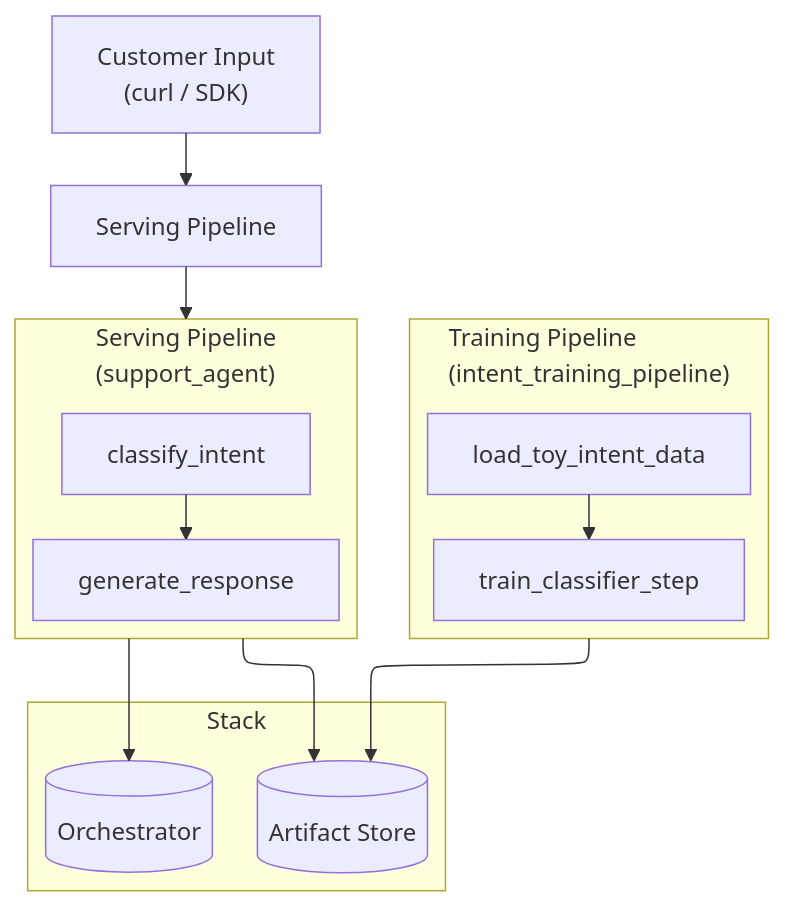
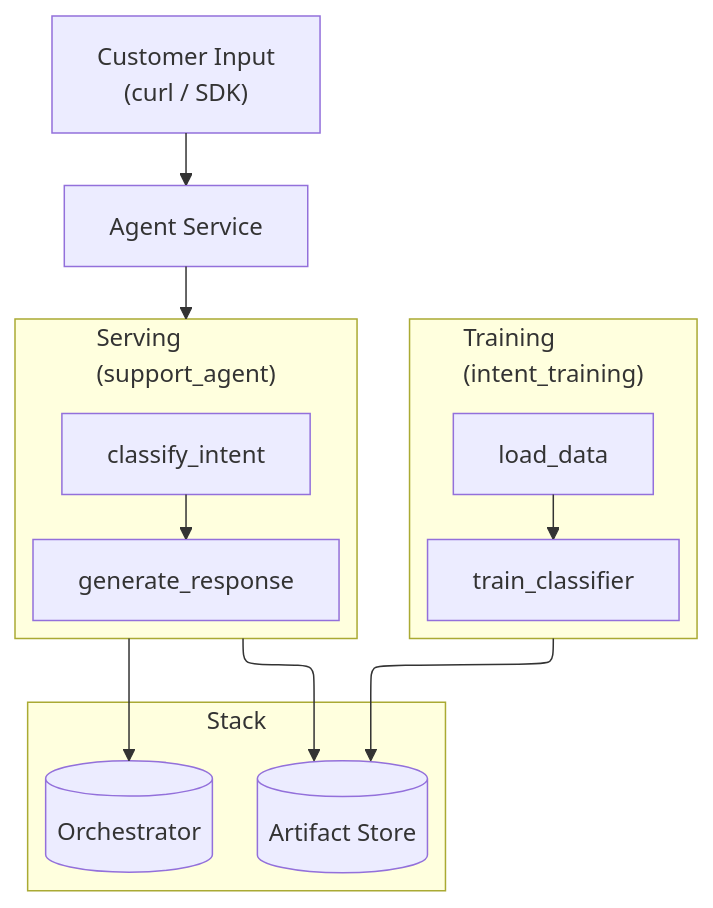
Before and after one commit to zenml-io/zenml: the third of 3 diagrams in docs/book/getting-started/your-first-ai-pipeline.md, drawn with Mermaid. The commit also changed other lines of this file, not shown here.

Commit message:
Refactor flowchart labels for clarity and conciseness

````diff
--- a/docs/book/getting-started/your-first-ai-pipeline.md
+++ b/docs/book/getting-started/your-first-ai-pipeline.md
@@ -177,32 +177,32 @@
 ```mermaid
 ---
 config:
   layout: elk
   theme: mc
 ---
 flowchart TB
-  U["Customer Input<br/>(curl / SDK)"] --> SA["Serving Pipeline"]
+  U["Customer Input<br/>(curl / SDK)"] --> SA["Agent Service"]
 
-  subgraph TRAIN["Training Pipeline<br/>(intent_training_pipeline)"]
-    D["load_toy_intent_data"]
-    T["train_classifier_step"]
+  subgraph TRAIN["Training<br/>(intent_training)"]
+    D["load_data"]
+    T["train_classifier"]
     D --> T
   end
 
-  subgraph SERVE["Serving Pipeline<br/>(support_agent)"]
+  subgraph SERVE["Serving<br/>(support_agent)"]
     C["classify_intent"]
     R["generate_response"]
     C --> R
   end
 
   SA --> SERVE
 
   subgraph STACK["Stack"]
     OR[("Orchestrator")]
     AR[("Artifact Store")]
   end
 
   TRAIN --> AR
   SERVE --> OR
   SERVE --> AR
 ```
````
